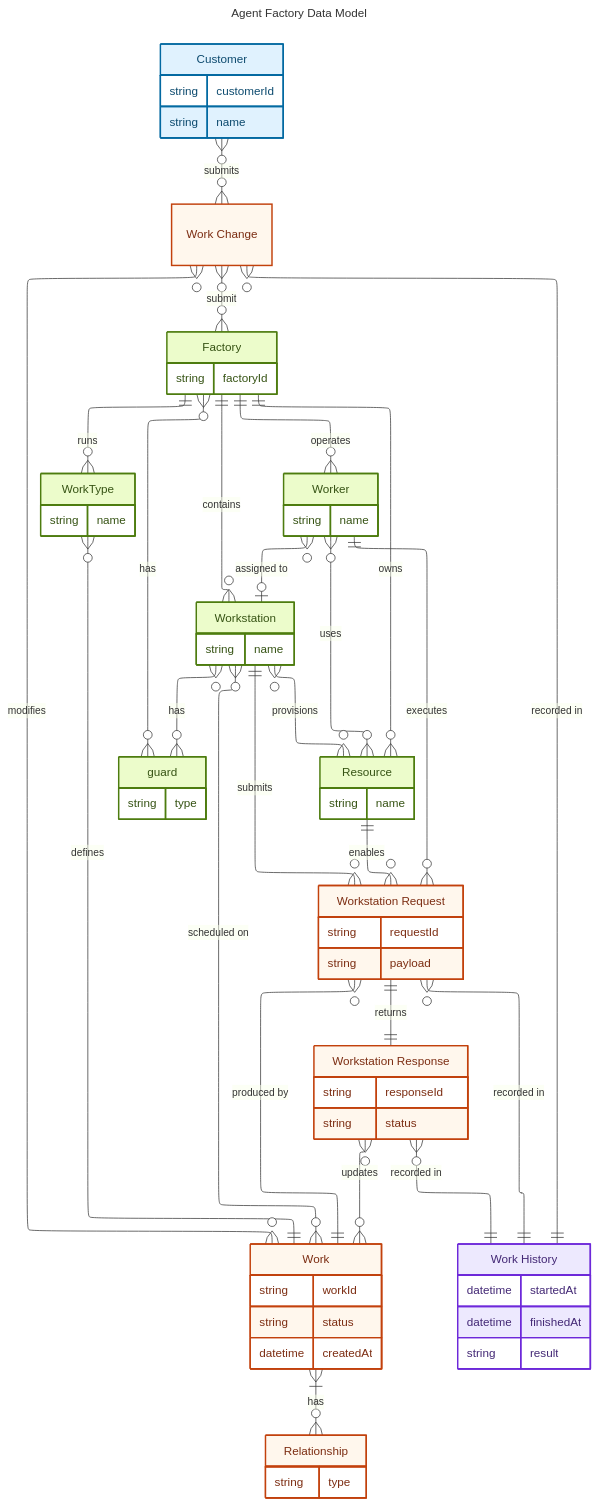
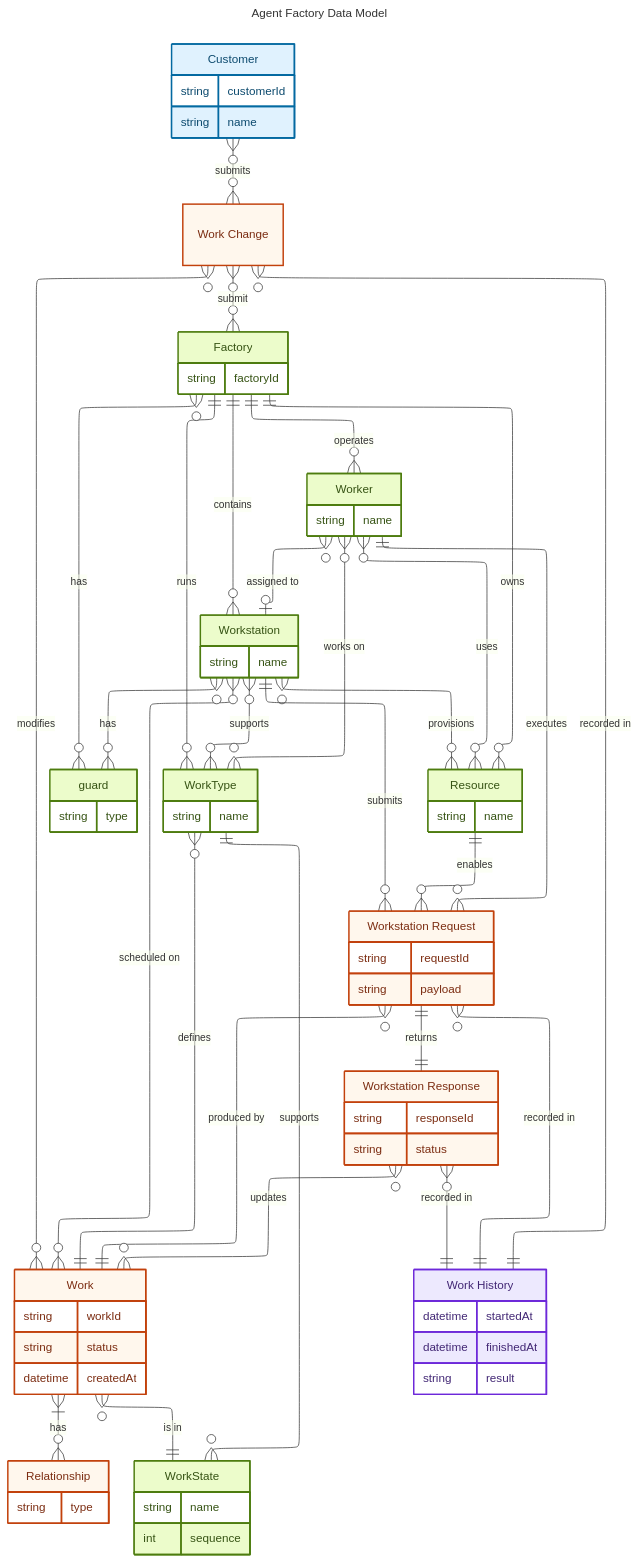
The second of 2 diagrams in docs/architecture/data-model.md (portpowered/infinite-you), drawn with Mermaid before and after one commit. The commit also changed other lines of this file and 9 other files, not shown here.

````diff
--- a/docs/architecture/data-model.md
+++ b/docs/architecture/data-model.md
@@ -91,6 +93,10 @@
     wt["WorkType"] {
         string name
     }
+    wst["WorkState"] {
+        string name
+        int sequence
+    }
     ws["Workstation"] {
         string name
     }
@@ -101,13 +107,17 @@
         string name
     }
     f ||--o{ wt : "runs"
+    wt ||--o{ wst : "supports"
     f ||--o{ ws : "contains"
     f ||--o{ wr : "operates"
     f ||--o{ r : "owns"
 
     wt }o--|| w: "defines"
+    w }o--|| wst: "is in"
+    ws }o--o{ wt: "supports"
     w }o--o{ ws : "scheduled on"
     wr }o--o| ws : "assigned to"
+    wr }o--o{ wt : "works on"
     wr }o--o{ r: "uses"
     ws }o--o{ r: "provisions"
 
@@ -149,7 +159,7 @@
     resp }o--|| wh: "recorded in"
     chg }o--|| wh: "recorded in"
     class cust customer
-    class f,wt,ws,wr,r,g factory
+    class f,wt,wst,ws,wr,r,g factory
     class w,rel,chg,req,resp workload
     class wh history
 ```
````
